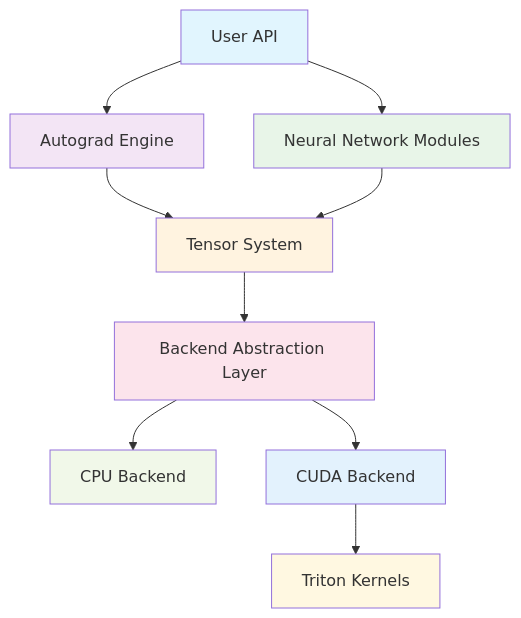
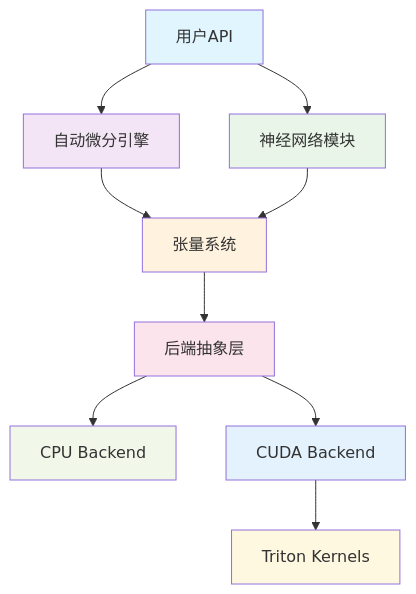
Before and after one commit to phonism/genesis: the diagram in docs/index.md, drawn with Mermaid. The commit also changed other lines of this file and 3 other files, not shown here.

````diff
--- a/docs/index.md
+++ b/docs/index.md
@@ -30,20 +31,20 @@
 ```mermaid
 graph TB
-    A[User API] --> B[Autograd Engine]
-    A --> C[Neural Network Modules]
-    B --> D[Tensor System]
+    A[用户API] --> B[自动微分引擎]
+    A --> C[神经网络模块]
+    B --> D[张量系统]
     C --> D
-    D --> E[Backend Abstraction Layer]
+    D --> E[后端抽象层]
     E --> F[CPU Backend]
     E --> G[CUDA Backend]
     G --> H[Triton Kernels]
     
     style A fill:#e1f5fe
     style B fill:#f3e5f5
     style C fill:#e8f5e8
     style D fill:#fff3e0
     style E fill:#fce4ec
     style F fill:#f1f8e9
     style G fill:#e3f2fd
     style H fill:#fff8e1
 ```
````
